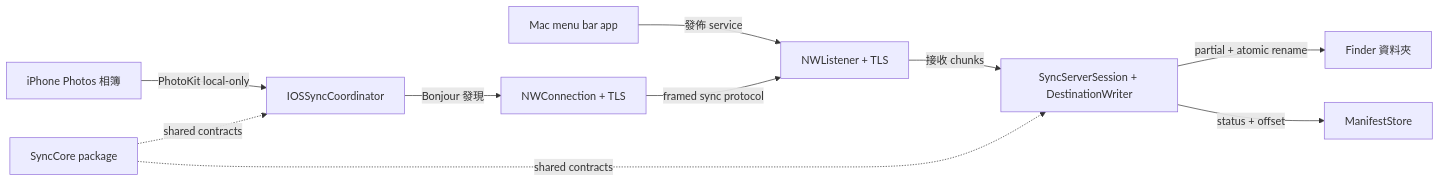
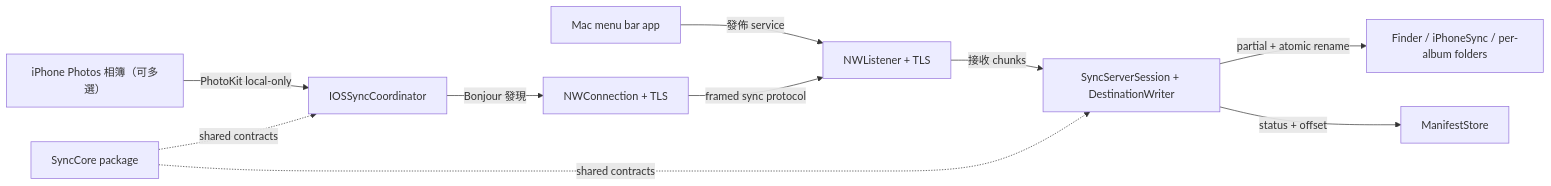
One commit to BizShuk/iphone_sync changed the first of 2 diagrams in docs/specs/2026-07-19-local-album-sync-design.md. Above: the diagram before and after it, drawn with Mermaid. The commit also changed other lines of this file and 48 other files, not shown here.

Commit message:
feat: implement multi-album selection, persistent destination folder management, and local error logging for sync sessions.

````diff
--- a/docs/specs/2026-07-19-local-album-sync-design.md
+++ b/docs/specs/2026-07-19-local-album-sync-design.md
@@ -38,12 +38,12 @@
 ```mermaid
 flowchart LR
-    A["iPhone Photos 相簿"] -->|"PhotoKit local-only"| B["IOSSyncCoordinator"]
+    A["iPhone Photos 相簿（可多選）"] -->|"PhotoKit local-only"| B["IOSSyncCoordinator"]
     B -->|"Bonjour 發現"| C["NWConnection + TLS"]
     D["Mac menu bar app"] -->|"發佈 service"| E["NWListener + TLS"]
     C -->|"framed sync protocol"| E
     E -->|"接收 chunks"| F["SyncServerSession + DestinationWriter"]
-    F -->|"partial + atomic rename"| G["Finder 資料夾"]
+    F -->|"partial + atomic rename"| G["Finder / iPhoneSync / per-album folders"]
     F -->|"status + offset"| H["ManifestStore"]
     I["SyncCore package"] -.->|"shared contracts"| B
     I -.->|"shared contracts"| F
 ```
````
